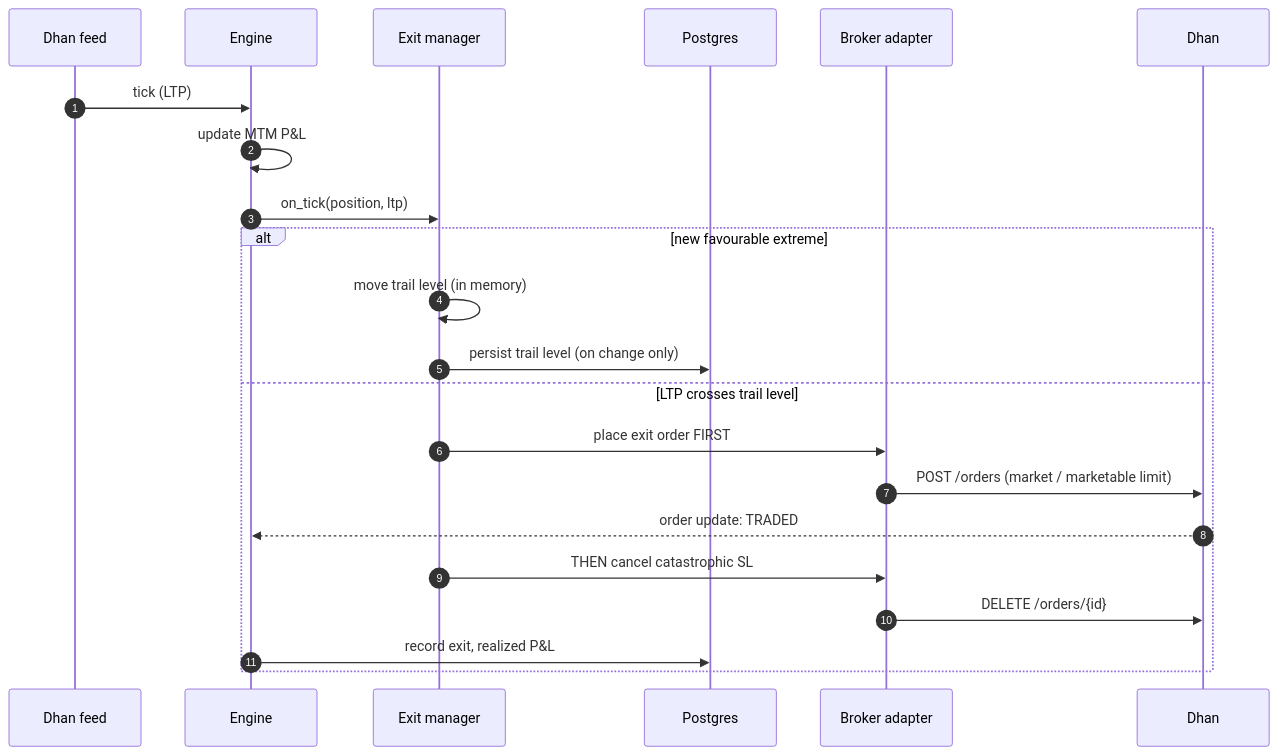
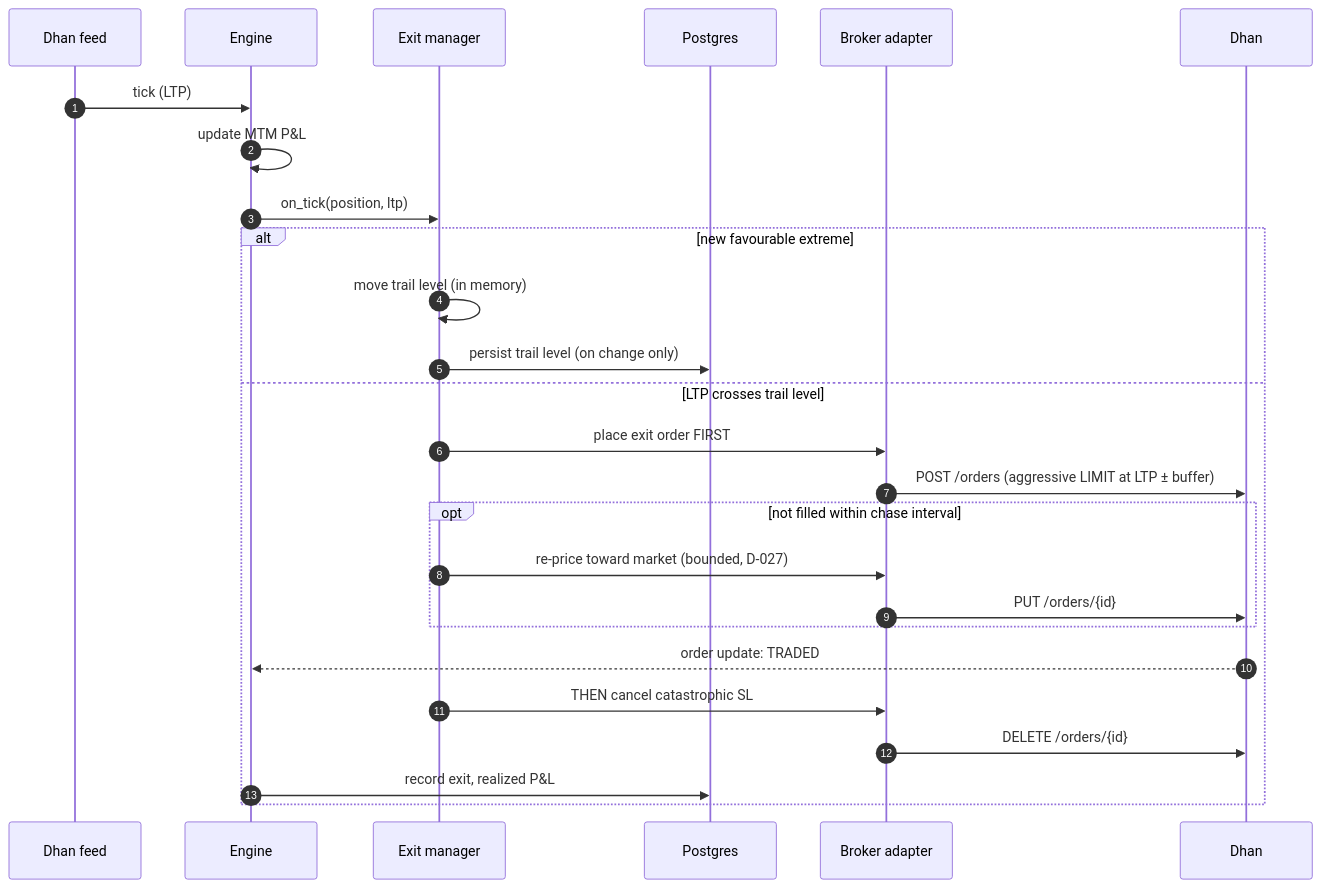
Before and after one commit to balaji-murugesan/SentinelX: the fourth of 9 diagrams in PRD.md, drawn with Mermaid. The commit also changed other lines of this file and 7 other files, not shown here.

````diff
--- a/PRD.md
+++ b/PRD.md
@@ -173,25 +183,29 @@
 ```mermaid
 sequenceDiagram
     autonumber
     participant F as Dhan feed
     participant E as Engine
     participant X as Exit manager
     participant P as Postgres
     participant B as Broker adapter
     participant D as Dhan
 
     F->>E: tick (LTP)
     E->>E: update MTM P&L
     E->>X: on_tick(position, ltp)
     alt new favourable extreme
         X->>X: move trail level (in memory)
         X->>P: persist trail level (on change only)
     else LTP crosses trail level
         X->>B: place exit order FIRST
-        B->>D: POST /orders (market / marketable limit)
+        B->>D: POST /orders (aggressive LIMIT at LTP ± buffer)
+        opt not filled within chase interval
+            X->>B: re-price toward market (bounded, D-027)
+            B->>D: PUT /orders/{id}
+        end
         D-->>E: order update: TRADED
         X->>B: THEN cancel catastrophic SL
         B->>D: DELETE /orders/{id}
         E->>P: record exit, realized P&L
     end
 ```
````
